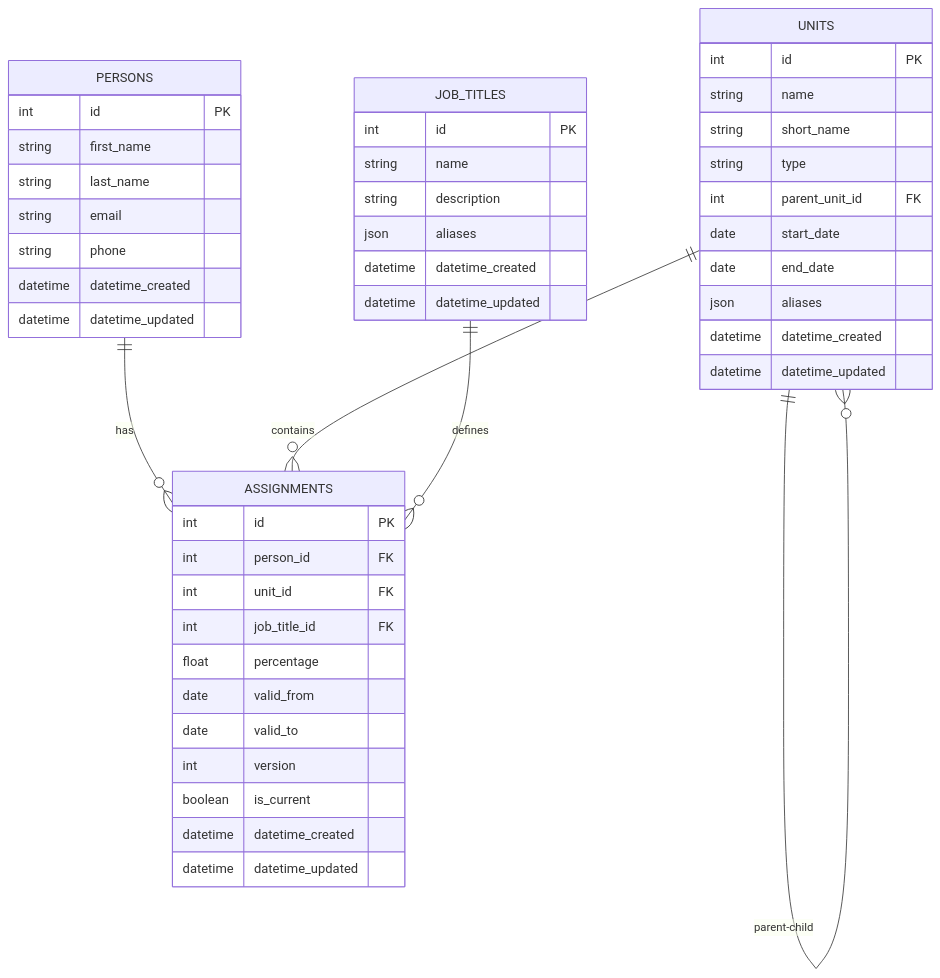
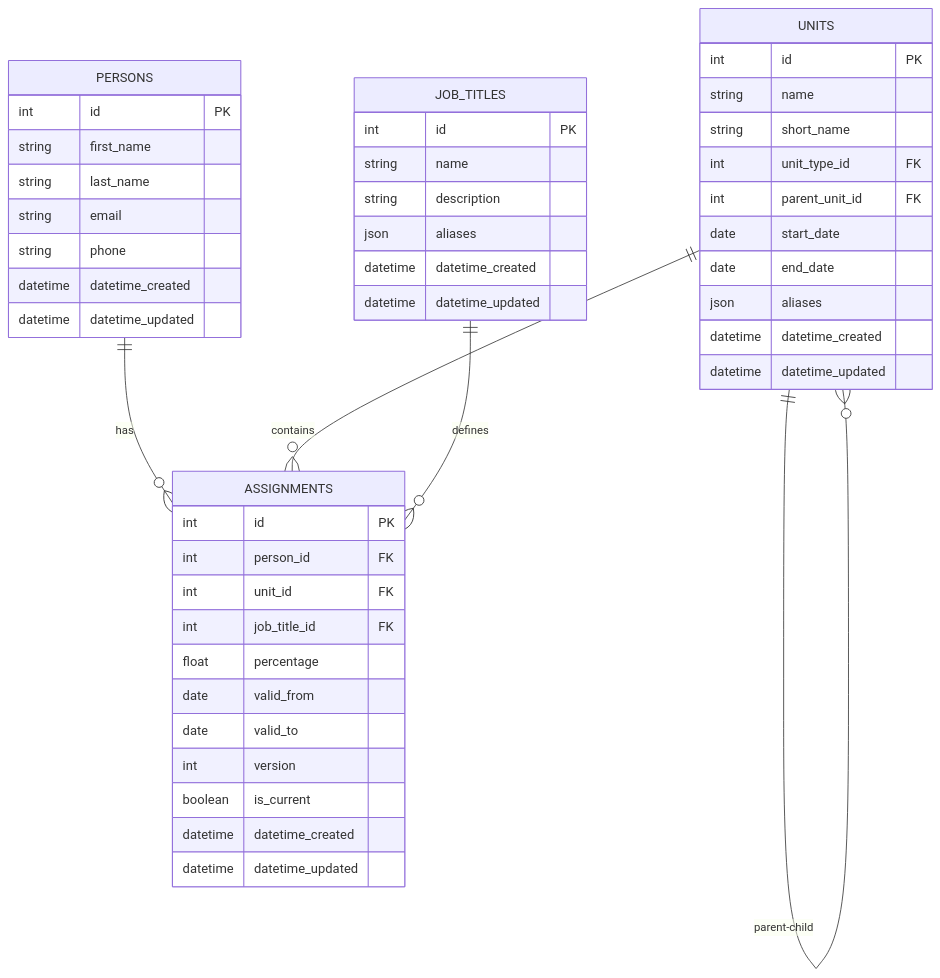
Before and after one commit to mancio76/OrgChartV2: the second of 6 diagrams in .kiro/specs/default-tech-specs/design.md, drawn with Mermaid. The commit also changed other lines of this file and 49 other files, not shown here.

````diff
--- a/.kiro/specs/default-tech-specs/design.md
+++ b/.kiro/specs/default-tech-specs/design.md
@@ -211,53 +217,53 @@
 ```mermaid
 erDiagram
     UNITS {
         int id PK
         string name
         string short_name
-        string type
+        int unit_type_id FK
         int parent_unit_id FK
         date start_date
         date end_date
         json aliases
         datetime datetime_created
         datetime datetime_updated
     }
     
     PERSONS {
         int id PK
         string first_name
         string last_name
         string email
         string phone
         datetime datetime_created
         datetime datetime_updated
     }
     
     JOB_TITLES {
         int id PK
         string name
         string description
         json aliases
         datetime datetime_created
         datetime datetime_updated
     }
     
     ASSIGNMENTS {
         int id PK
         int person_id FK
         int unit_id FK
         int job_title_id FK
         float percentage
         date valid_from
         date valid_to
         int version
         boolean is_current
         datetime datetime_created
         datetime datetime_updated
     }
     
     UNITS ||--o{ UNITS : "parent-child"
     PERSONS ||--o{ ASSIGNMENTS : "has"
     UNITS ||--o{ ASSIGNMENTS : "contains"
     JOB_TITLES ||--o{ ASSIGNMENTS : "defines"
 ```
````
